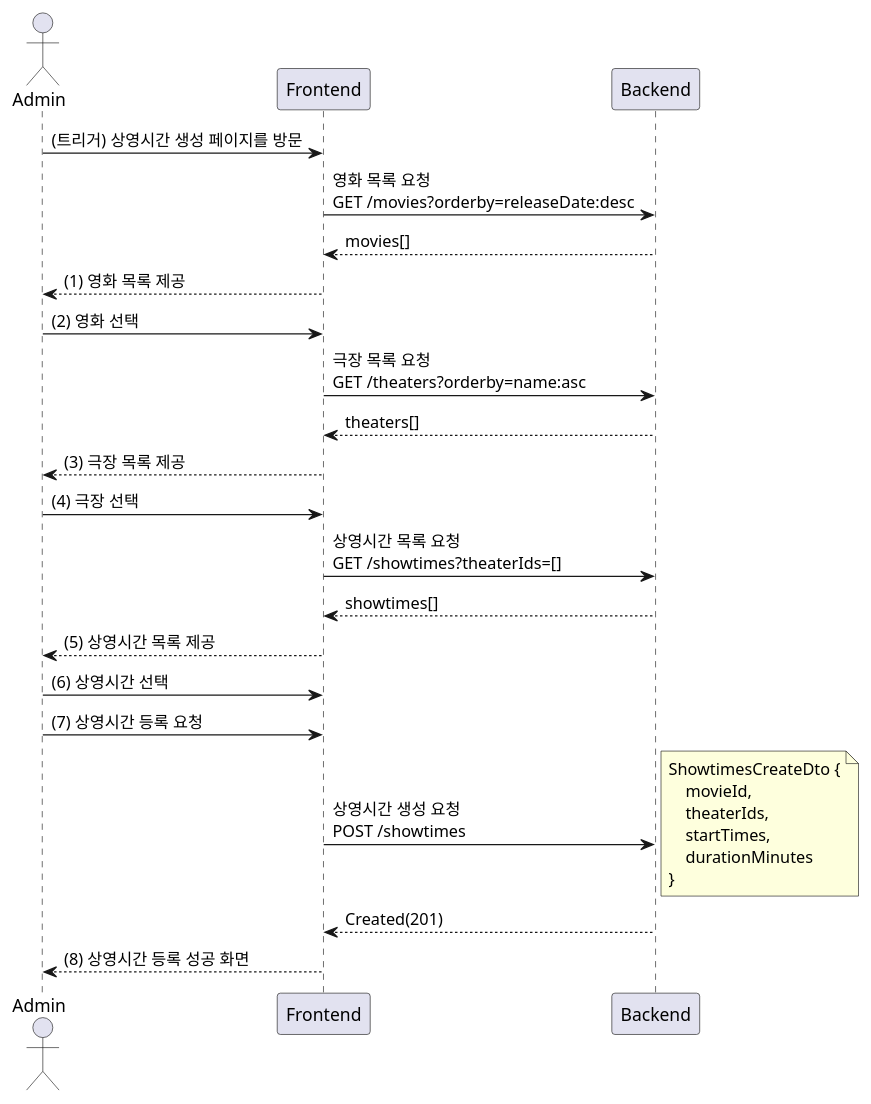
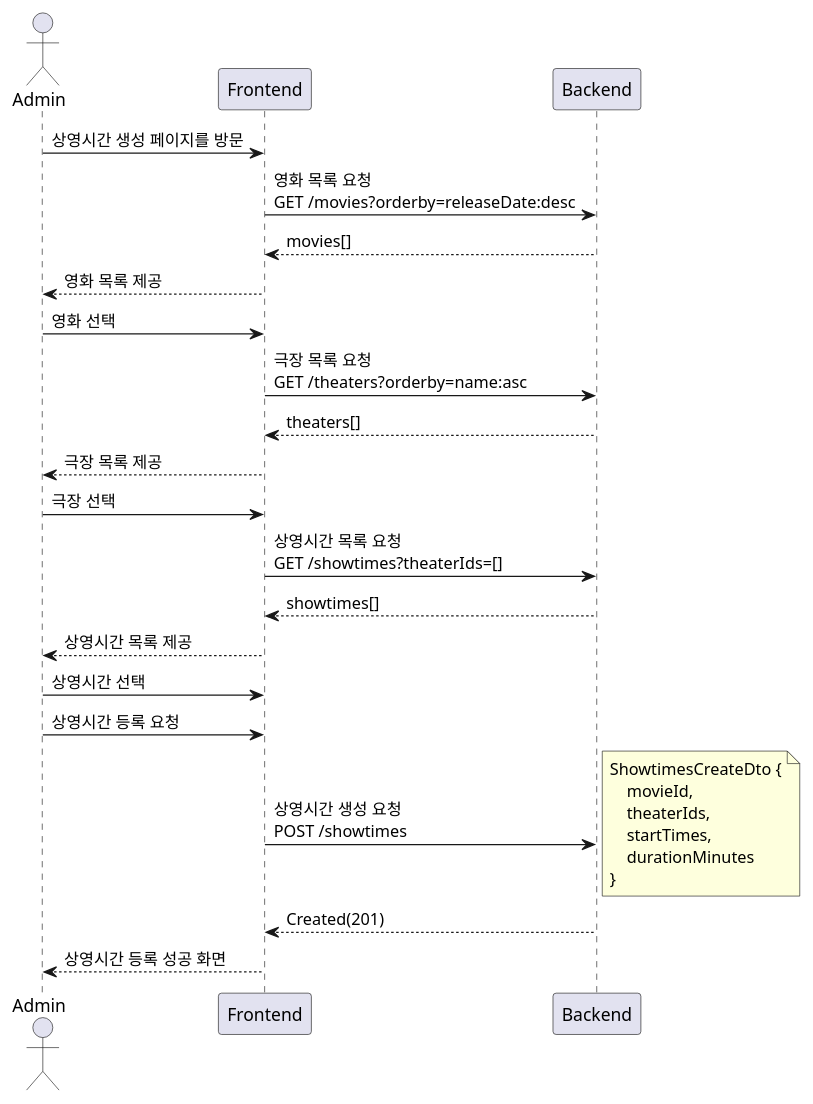
One commit to mannercode/mannercode.github.io changed the fourth of 11 diagrams in _posts/2025-05-01-movie-booking-system-2.md. Above: the diagram before and after it, drawn with PlantUML. The commit also changed other lines of this file and 13 other files, not shown here.

```diff
--- a/_posts/2025-05-01-movie-booking-system-2.md
+++ b/_posts/2025-05-01-movie-booking-system-2.md
@@ -145,35 +145,35 @@
 {% plantuml %}
 @startuml
 actor Admin
-Admin -> Frontend: (트리거) 상영시간 생성 페이지를 방문
+
+Admin -> Frontend: 상영시간 생성 페이지를 방문
     Frontend -> Backend:영화 목록 요청\nGET /movies?orderby=releaseDate:desc
     Frontend <-- Backend: movies[]
-Admin <-- Frontend: (1) 영화 목록 제공
+Admin <-- Frontend: 영화 목록 제공
 
-Admin -> Frontend: (2) 영화 선택
+Admin -> Frontend: 영화 선택
     Frontend -> Backend:극장 목록 요청\nGET /theaters?orderby=name:asc
     Frontend <-- Backend: theaters[]
-Admin <-- Frontend: (3) 극장 목록 제공
+Admin <-- Frontend: 극장 목록 제공
 
-Admin -> Frontend: (4) 극장 선택
+Admin -> Frontend: 극장 선택
     Frontend -> Backend: 상영시간 목록 요청\nGET /showtimes?theaterIds=[]
     Frontend <-- Backend: showtimes[]
-Admin <-- Frontend: (5) 상영시간 목록 제공
+Admin <-- Frontend: 상영시간 목록 제공
 
-Admin -> Frontend: (6) 상영시간 선택
+Admin -> Frontend: 상영시간 선택
 
-Admin -> Frontend: (7) 상영시간 등록 요청
+Admin -> Frontend: 상영시간 등록 요청
     Frontend -> Backend: 상영시간 생성 요청\nPOST /showtimes
         note right
         ShowtimesCreateDto {
             movieId,
             theaterIds,
             startTimes,
             durationMinutes
         }
         end note
     Frontend <-- Backend: Created(201)
-Admin <-- Frontend: (8) 상영시간 등록 성공 화면
-
+Admin <-- Frontend: 상영시간 등록 성공 화면
 @enduml
 {% endplantuml %}
```
